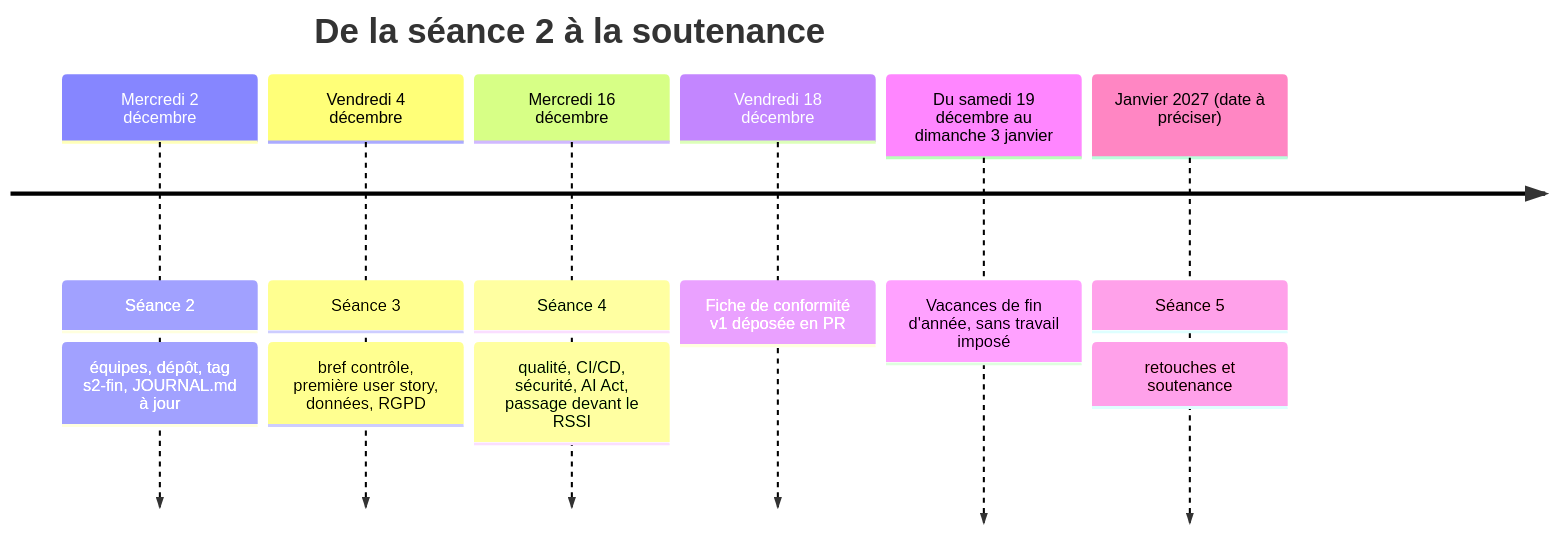
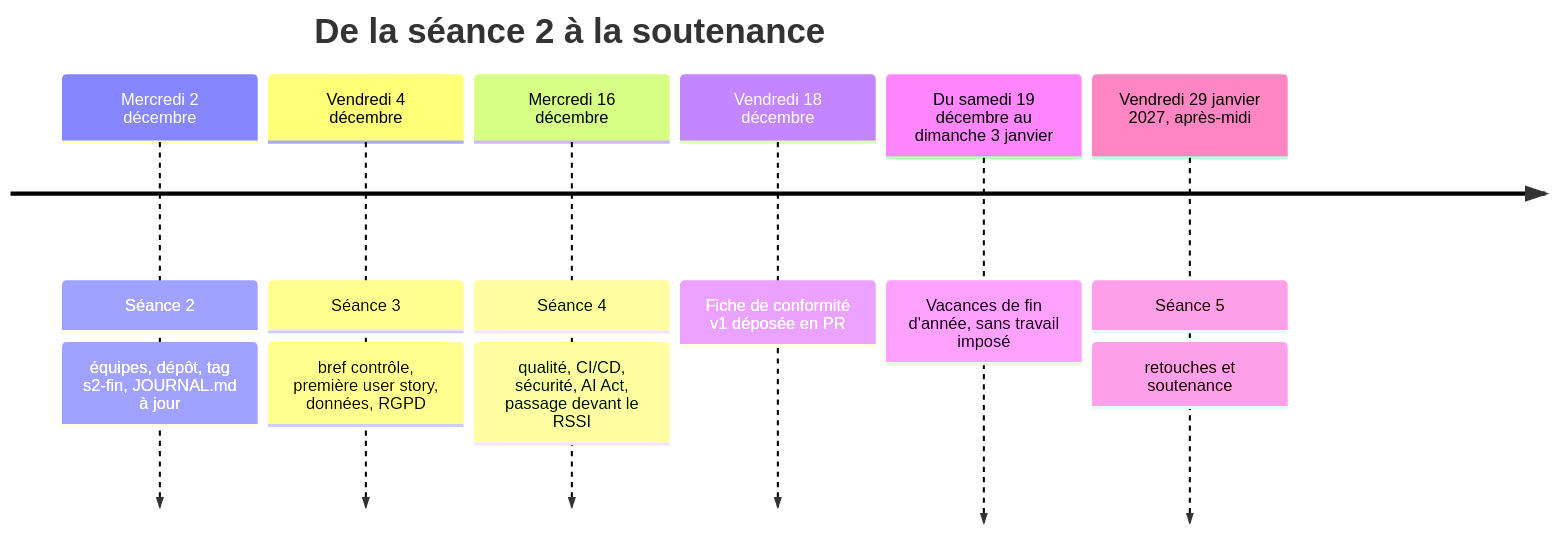
Before and after one commit to b-fontaine/master-1-iti-dev: the fourth of 4 diagrams in cours/supports/day-2/03-demarrer-le-projet-d-equipe.md, drawn with Mermaid. The commit also changed other lines of this file and 15 other files, not shown here.

````diff
--- a/cours/supports/day-2/03-demarrer-le-projet-d-equipe.md
+++ b/cours/supports/day-2/03-demarrer-le-projet-d-equipe.md
@@ -597,10 +597,10 @@
 ```mermaid
 timeline
     title De la séance 2 à la soutenance
     Mercredi 2 décembre : Séance 2 : équipes, dépôt, tag s2-fin, JOURNAL.md à jour
     Vendredi 4 décembre : Séance 3 : bref contrôle, première user story, données, RGPD
     Mercredi 16 décembre : Séance 4 : qualité, CI/CD, sécurité, AI Act, passage devant le RSSI
     Vendredi 18 décembre : Fiche de conformité v1 déposée en PR
     Du samedi 19 décembre au dimanche 3 janvier : Vacances de fin d'année, sans travail imposé
-    Janvier 2027 (date à préciser) : Séance 5 : retouches et soutenance
+    Vendredi 29 janvier 2027, après-midi : Séance 5 : retouches et soutenance
 ```
````
